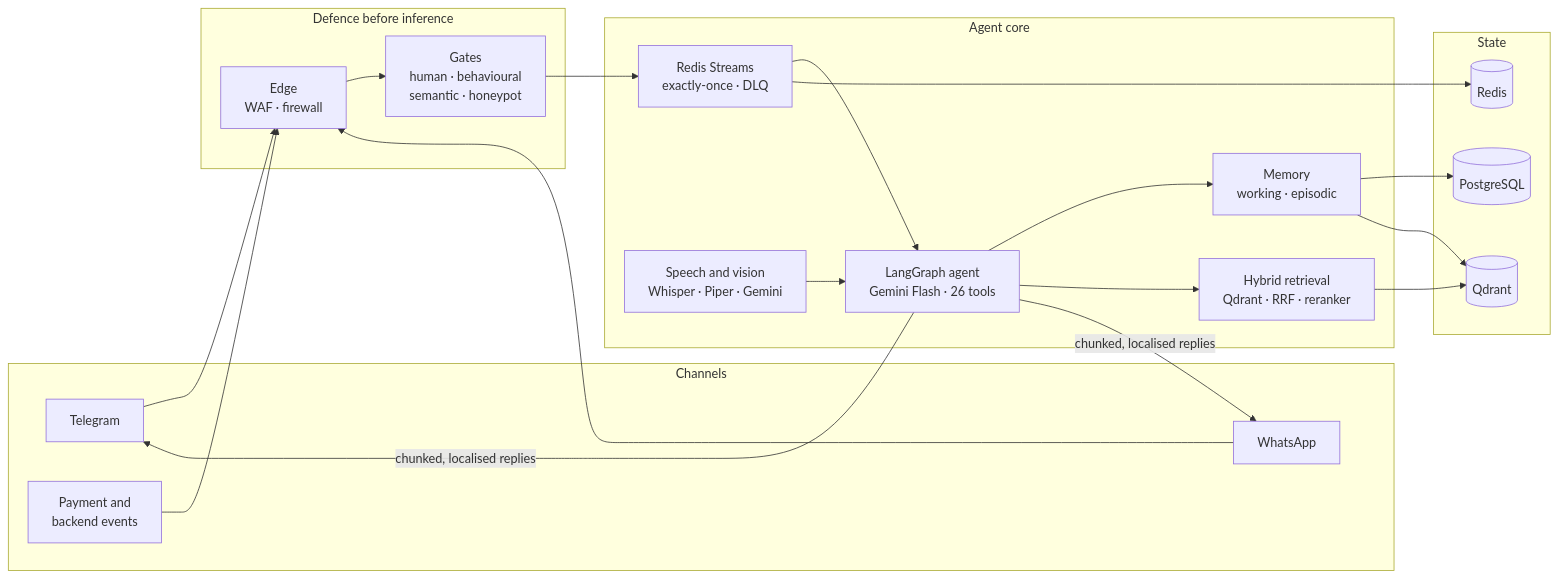
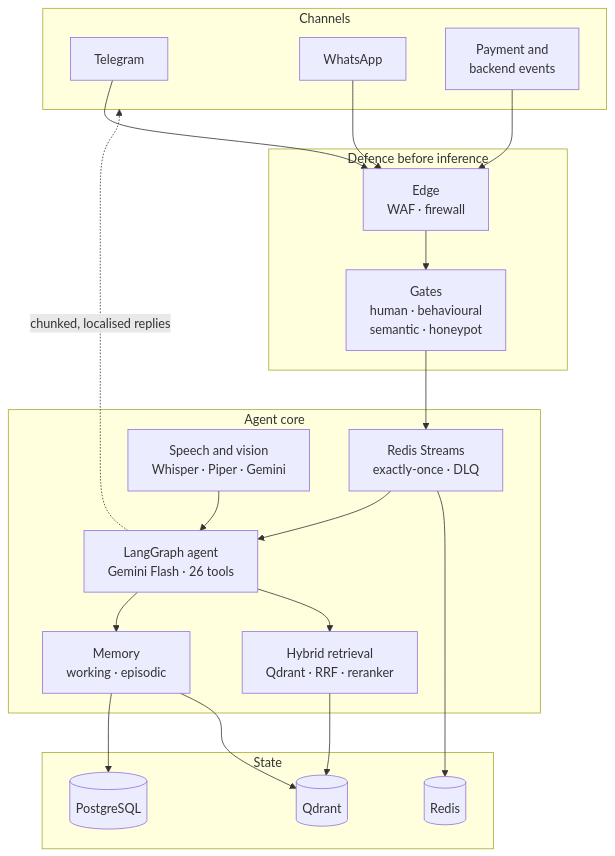
One commit to JoshPola96/enterprise-ai-agent-architecture-esim changed the first of 2 diagrams in README.md. Above: the diagram before and after it, drawn with Mermaid. The commit also changed other lines of this file and 7 other files, not shown here.

First line of the commit message:
Make the wide diagrams readable on phones and add lessons from the record

````diff
--- a/README.md
+++ b/README.md
@@ -87,41 +88,36 @@
 ```mermaid
-flowchart LR
+flowchart TB
     subgraph IN["Channels"]
         TG["Telegram"]
         WA["WhatsApp"]
         EV["Payment and<br/>backend events"]
     end
 
     subgraph SHIELD["Defence before inference"]
         EDGE["Edge<br/>WAF · firewall"]
         GATES["Gates<br/>human · behavioural<br/>semantic · honeypot"]
     end
 
     subgraph CORE["Agent core"]
         STREAMS["Redis Streams<br/>exactly-once · DLQ"]
         AGENT["LangGraph agent<br/>Gemini Flash · 26 tools"]
+        SPEECH["Speech and vision<br/>Whisper · Piper · Gemini"]
         MEM["Memory<br/>working · episodic"]
         KB["Hybrid retrieval<br/>Qdrant · RRF · reranker"]
-        SPEECH["Speech and vision<br/>Whisper · Piper · Gemini"]
     end
 
     subgraph STORE["State"]
         PG[("PostgreSQL")]
         RD[("Redis")]
         QD[("Qdrant")]
     end
 
-    TG --> EDGE
-    WA --> EDGE
-    EV --> EDGE
+    TG & WA & EV --> EDGE
     EDGE --> GATES --> STREAMS --> AGENT
     SPEECH --> AGENT
-    AGENT --> MEM
-    AGENT --> KB
-    MEM --> PG
-    MEM --> QD
+    AGENT --> MEM & KB
+    STREAMS --> RD
+    MEM --> PG & QD
     KB --> QD
-    STREAMS --> RD
-    AGENT -- "chunked, localised replies" --> TG
-    AGENT -- "chunked, localised replies" --> WA
+    AGENT -. "chunked, localised replies" .-> IN
 ```
````
